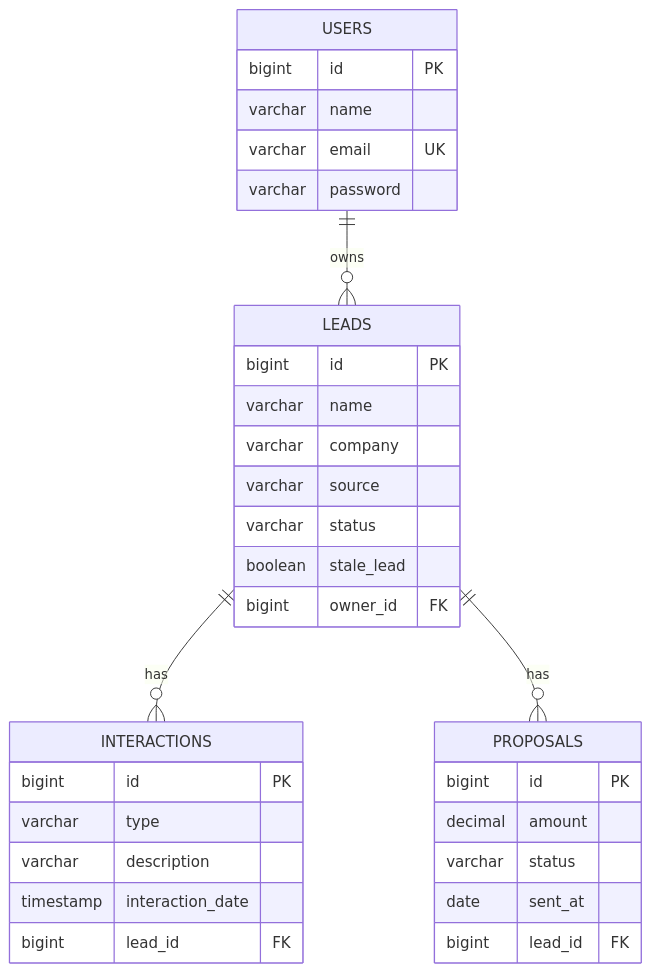
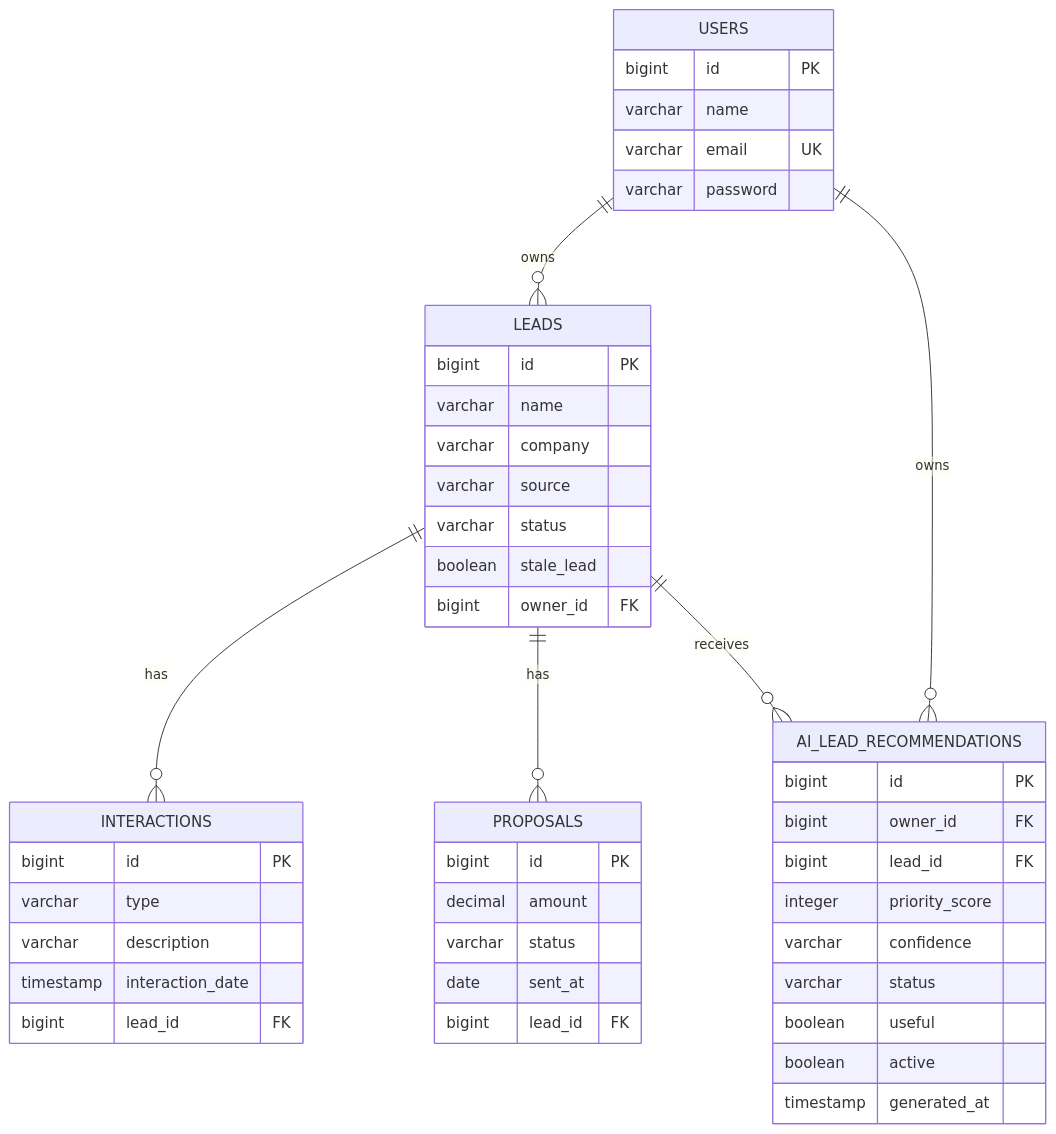
One commit to matheuusprocopio/leadfy-api changed the first of 2 diagrams in README.md. Above: the diagram before and after it, drawn with Mermaid. The commit also changed other lines of this file, not shown here.

````diff
--- a/README.md
+++ b/README.md
@@ -158,36 +183,49 @@
 ```mermaid
 erDiagram
     USERS ||--o{ LEADS : owns
     LEADS ||--o{ INTERACTIONS : has
     LEADS ||--o{ PROPOSALS : has
+    USERS ||--o{ AI_LEAD_RECOMMENDATIONS : owns
+    LEADS ||--o{ AI_LEAD_RECOMMENDATIONS : receives
 
     USERS {
         bigint id PK
         varchar name
         varchar email UK
         varchar password
     }
     LEADS {
         bigint id PK
         varchar name
         varchar company
         varchar source
         varchar status
         boolean stale_lead
         bigint owner_id FK
     }
     INTERACTIONS {
         bigint id PK
         varchar type
         varchar description
         timestamp interaction_date
         bigint lead_id FK
     }
     PROPOSALS {
         bigint id PK
         decimal amount
         varchar status
         date sent_at
         bigint lead_id FK
     }
+    AI_LEAD_RECOMMENDATIONS {
+        bigint id PK
+        bigint owner_id FK
+        bigint lead_id FK
+        integer priority_score
+        varchar confidence
+        varchar status
+        boolean useful
+        boolean active
+        timestamp generated_at
+    }
 ```
````
